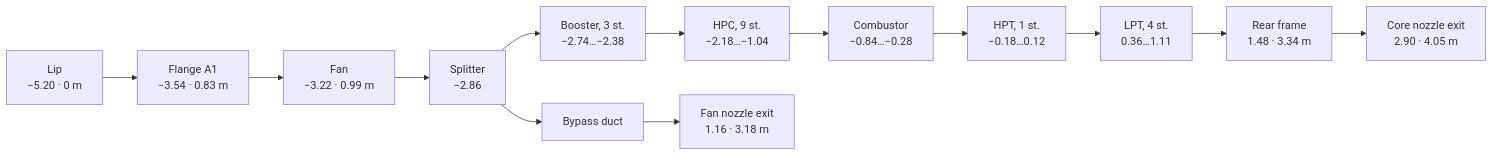
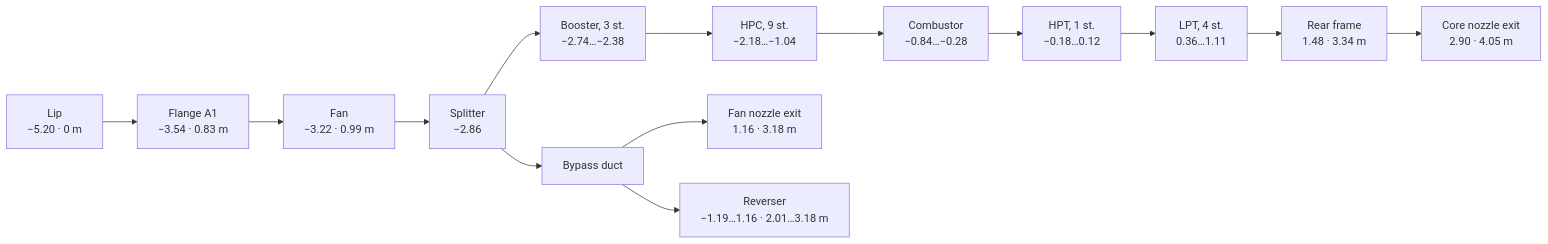
One commit to jubbon/jet-engine-3d changed the diagram in docs/02-geometry.md. Above: the diagram before and after it, drawn with Mermaid. The commit also changed other lines of this file and 10 other files, not shown here.

````diff
--- a/docs/02-geometry.md
+++ b/docs/02-geometry.md
@@ -39,14 +39,15 @@
 ```mermaid
 flowchart LR
   A["Lip<br/>−5.20 · 0 m"] --> A1["Flange A1<br/>−3.54 · 0.83 m"]
   A1 --> B["Fan<br/>−3.22 · 0.99 m"]
   B --> C["Splitter<br/>−2.86"]
   C --> D["Booster, 3 st.<br/>−2.74…−2.38"]
   D --> E["HPC, 9 st.<br/>−2.18…−1.04"]
   E --> F["Combustor<br/>−0.84…−0.28"]
   F --> G["HPT, 1 st.<br/>−0.18…0.12"]
   G --> H["LPT, 4 st.<br/>0.36…1.11"]
   H --> I["Rear frame<br/>1.48 · 3.34 m"]
   I --> J["Core nozzle exit<br/>2.90 · 4.05 m"]
   C --> K["Bypass duct"] --> L["Fan nozzle exit<br/>1.16 · 3.18 m"]
+  K --> M["Reverser<br/>−1.19…1.16 · 2.01…3.18 m"]
 ```
````
